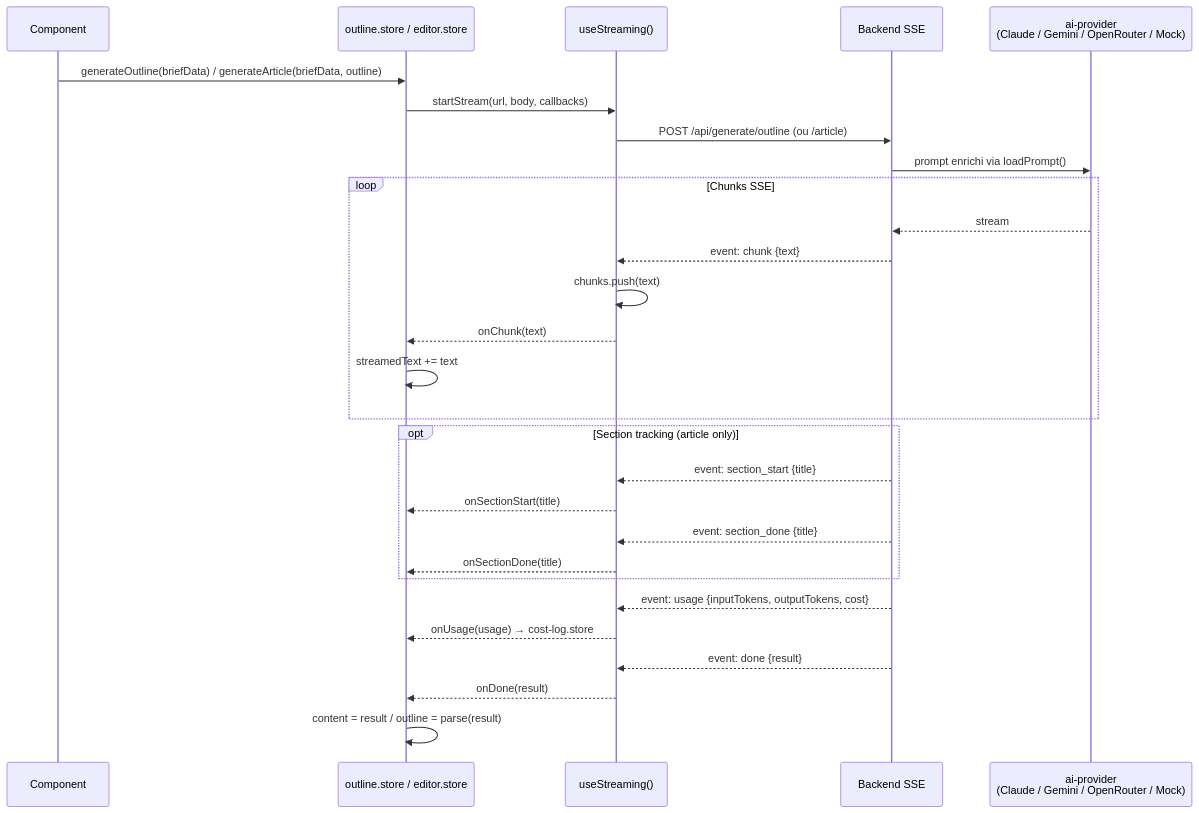
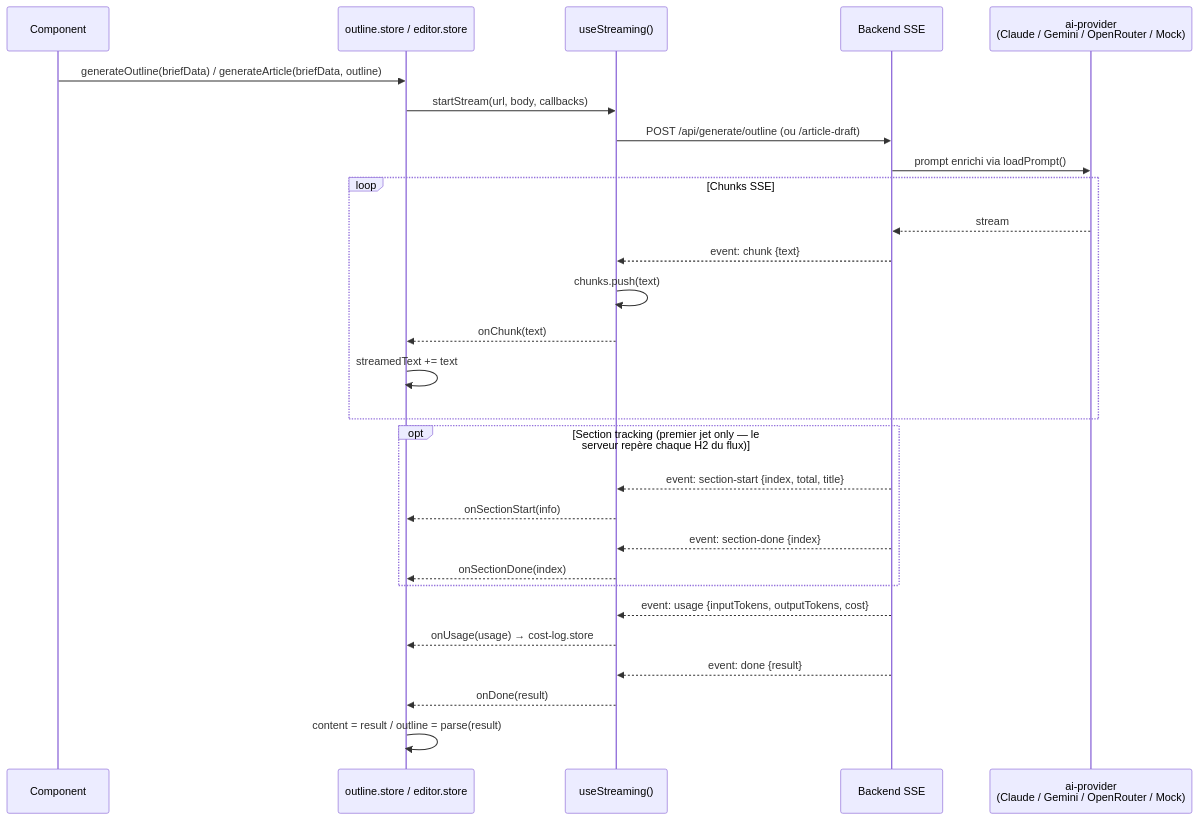
Before and after one commit to annubis-knight/Blog_Redactor_SEO: diagram 20 of 25 in docs/ARCHITECTURE_FLOWS.md, drawn with Mermaid. The commit also changed other lines of this file and 11 other files, not shown here.

````diff
--- a/docs/ARCHITECTURE_FLOWS.md
+++ b/docs/ARCHITECTURE_FLOWS.md
@@ -831,34 +854,34 @@
 ```mermaid
 sequenceDiagram
     participant UI as Component
     participant Store as outline.store / editor.store
     participant Hook as useStreaming()
     participant API as Backend SSE
     participant AI as ai-provider<br>(Claude / Gemini / OpenRouter / Mock)
 
     UI->>Store: generateOutline(briefData) / generateArticle(briefData, outline)
     Store->>Hook: startStream(url, body, callbacks)
-    Hook->>API: POST /api/generate/outline (ou /article)
+    Hook->>API: POST /api/generate/outline (ou /article-draft)
     API->>AI: prompt enrichi via loadPrompt()
 
     loop Chunks SSE
         AI-->>API: stream
         API-->>Hook: event: chunk {text}
         Hook->>Hook: chunks.push(text)
         Hook-->>Store: onChunk(text)
         Store->>Store: streamedText += text
     end
 
-    opt Section tracking (article only)
-        API-->>Hook: event: section_start {title}
-        Hook-->>Store: onSectionStart(title)
-        API-->>Hook: event: section_done {title}
-        Hook-->>Store: onSectionDone(title)
+    opt Section tracking (premier jet only — le serveur repère chaque H2 du flux)
+        API-->>Hook: event: section-start {index, total, title}
+        Hook-->>Store: onSectionStart(info)
+        API-->>Hook: event: section-done {index}
+        Hook-->>Store: onSectionDone(index)
     end
 
     API-->>Hook: event: usage {inputTokens, outputTokens, cost}
     Hook-->>Store: onUsage(usage) → cost-log.store
     API-->>Hook: event: done {result}
     Hook-->>Store: onDone(result)
     Store->>Store: content = result / outline = parse(result)
 ```
````
